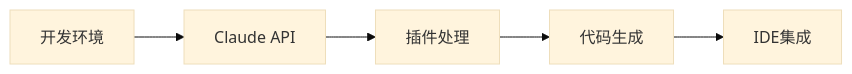
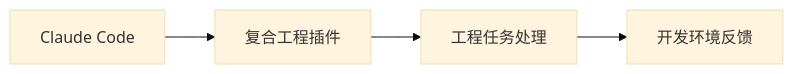
The fourth of 8 diagrams in reports/2026/01/2026-01-22.md (wayyoungboy/github-trending-reporter), drawn with Mermaid (base theme) before and after one commit. The commit also changed other lines of this file and 1 other file, not shown here.

````diff
--- a/reports/2026/01/2026-01-22.md
+++ b/reports/2026/01/2026-01-22.md
@@ -206,7 +219,6 @@
 ```mermaid
 graph LR
-    A[开发环境] --> B[Claude API]
-    B --> C[插件处理]
-    C --> D[代码生成]
-    D --> E[IDE集成]
+    A[Claude Code] --> B[复合工程插件]
+    B --> C[工程任务处理]
+    C --> D[开发环境反馈]
 ```
````
